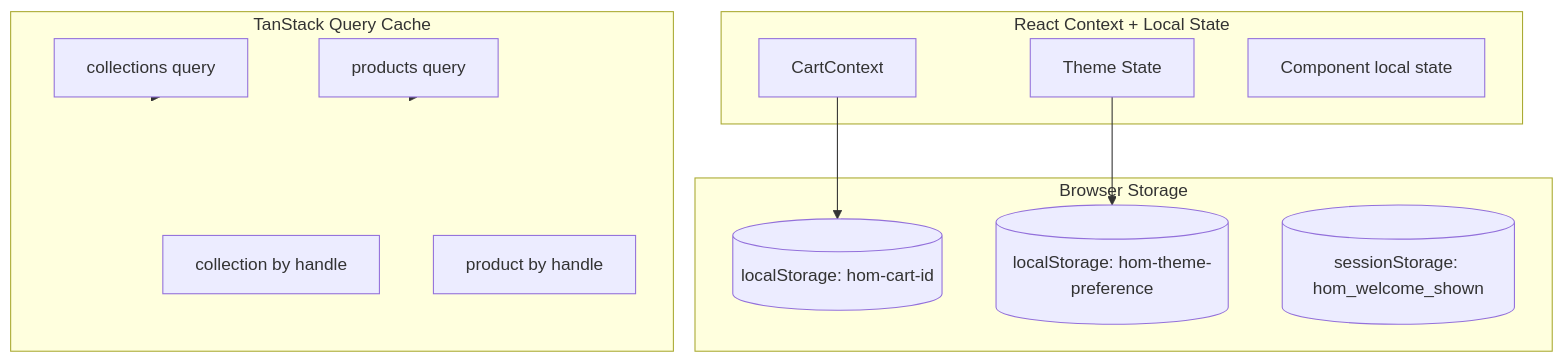
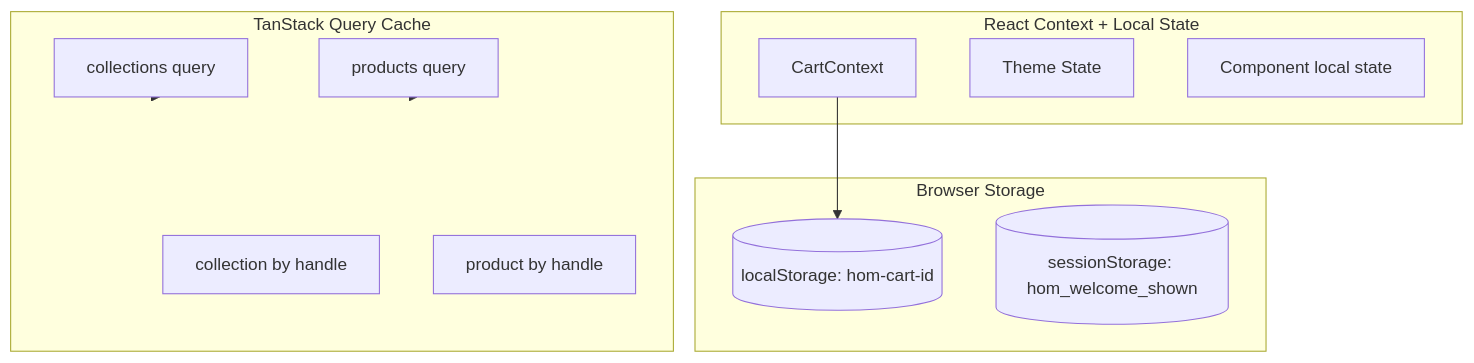
One commit to JasdeepN/house-of-mornii-shop changed the first of 3 diagrams in docs/04-state-management.md. Above: the diagram before and after it, drawn with Mermaid. The commit also changed other lines of this file and 7 other files, not shown here.

````diff
--- a/docs/04-state-management.md
+++ b/docs/04-state-management.md
@@ -10,26 +10,24 @@
 ```mermaid
 graph TB
     subgraph ServerState["TanStack Query Cache"]
         Collections[collections query]
         Products[products query]
         CollectionByHandle[collection by handle]
         ProductByHandle[product by handle]
     end
 
     subgraph ClientState["React Context + Local State"]
         CartCtx[CartContext]
         ThemeCtx[Theme State]
         UIState[Component local state]
     end
 
     subgraph Persistence["Browser Storage"]
         LocalCart[(localStorage: hom-cart-id)]
-        LocalTheme[(localStorage: hom-theme-preference)]
         SessionSession[(sessionStorage: hom_welcome_shown)]
     end
 
     CartCtx --> LocalCart
-    ThemeCtx --> LocalTheme
     Collections --> ServerState
     Products --> ServerState
 ```
````
